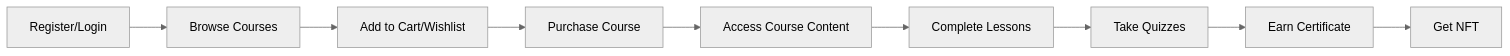
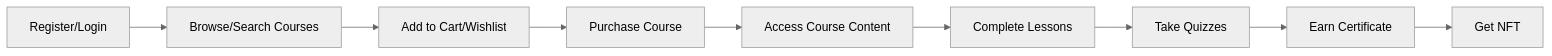
One commit to Harbringe/Knowledge-ledger changed the first of 2 diagrams in README.md. Above: the diagram before and after it, drawn with Mermaid (neutral theme). The commit also changed other lines of this file and 2 other files, not shown here.

````diff
--- a/README.md
+++ b/README.md
@@ -242,11 +178,11 @@
 ```mermaid
 graph LR
-  A[Register/Login] --> B[Browse Courses]
+  A[Register/Login] --> B[Browse/Search Courses]
   B --> C[Add to Cart/Wishlist]
   C --> D[Purchase Course]
   D --> E[Access Course Content]
   E --> F[Complete Lessons]
   F --> G[Take Quizzes]
   G --> H[Earn Certificate]
   H --> I[Get NFT]
 ```
````
